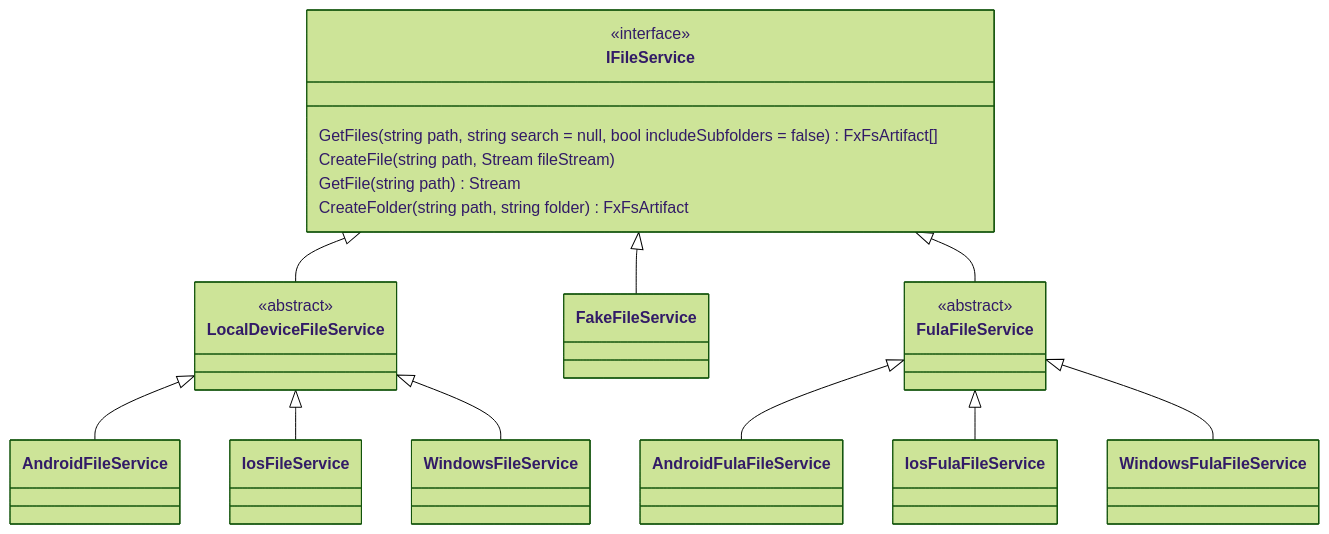
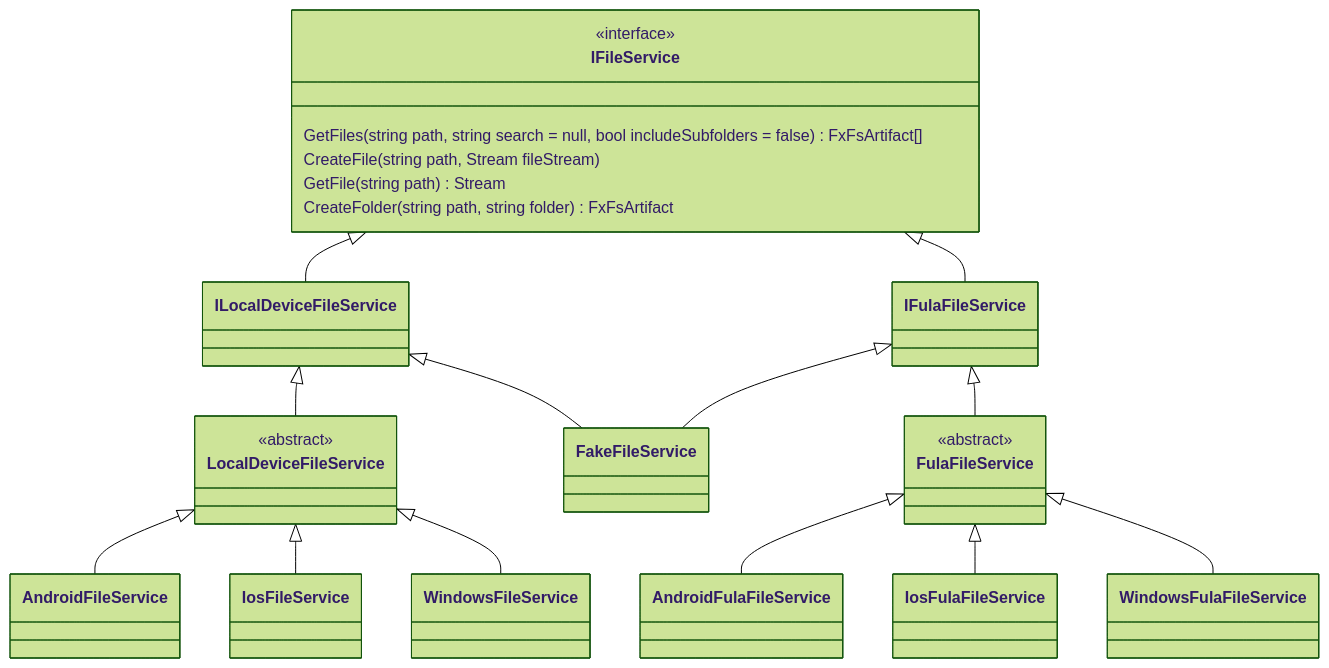
Before and after one commit to functionland/fx-files: the second of 3 diagrams in docs/class-diagram-overview.md, drawn with Mermaid (forest theme).

````diff
--- a/docs/class-diagram-overview.md
+++ b/docs/class-diagram-overview.md
@@ -45,28 +45,31 @@
 ```mermaid
 classDiagram
-IFileService <|-- LocalDeviceFileService
+IFileService <|-- ILocalDeviceFileService
+ILocalDeviceFileService <|-- LocalDeviceFileService
 LocalDeviceFileService <|-- AndroidFileService
 LocalDeviceFileService <|-- IosFileService
 LocalDeviceFileService <|-- WindowsFileService
-IFileService <|-- FakeFileService
-IFileService <|-- FulaFileService
+ILocalDeviceFileService <|-- FakeFileService
+IFulaFileService <|-- FakeFileService
+IFileService <|-- IFulaFileService
+IFulaFileService <|-- FulaFileService
 FulaFileService <|-- AndroidFulaFileService
 FulaFileService <|-- IosFulaFileService
 FulaFileService <|-- WindowsFulaFileService
 
 class IFileService {
   <<interface>>
   GetFiles(string path, string search = null, bool includeSubfolders = false) FxFsArtifact[]
   CreateFile(string path, Stream fileStream)
   GetFile(string path) Stream
   CreateFolder(string path, string folder) FxFsArtifact
 }
 
 class LocalDeviceFileService {
   <<abstract>>
 }
 
 class FulaFileService {
   <<abstract>>
 }
 ```
````
